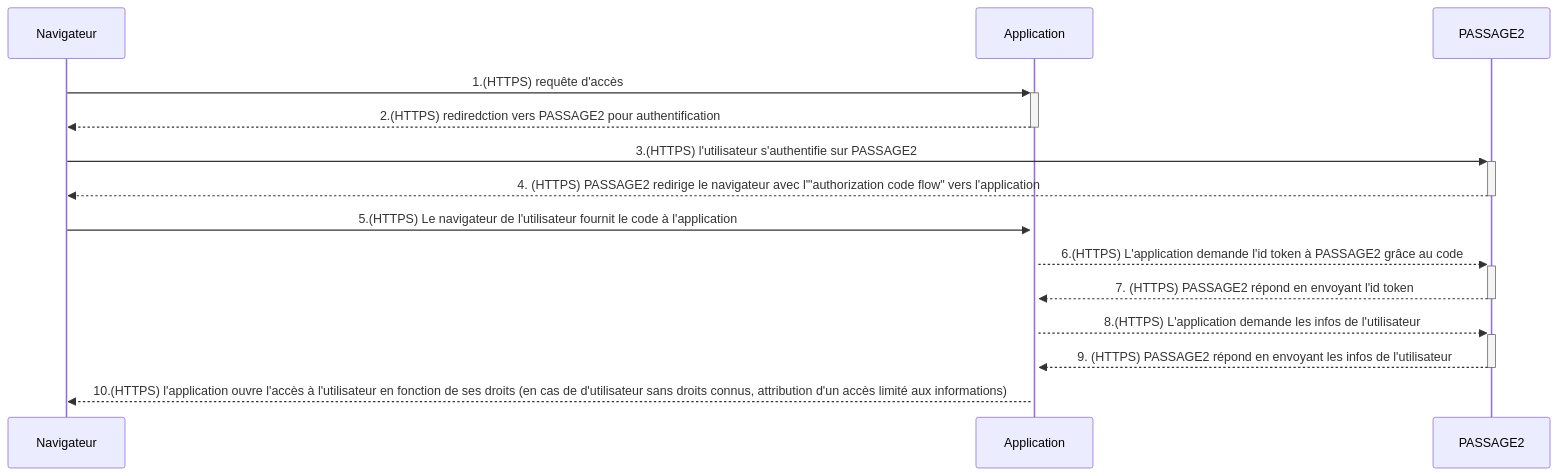
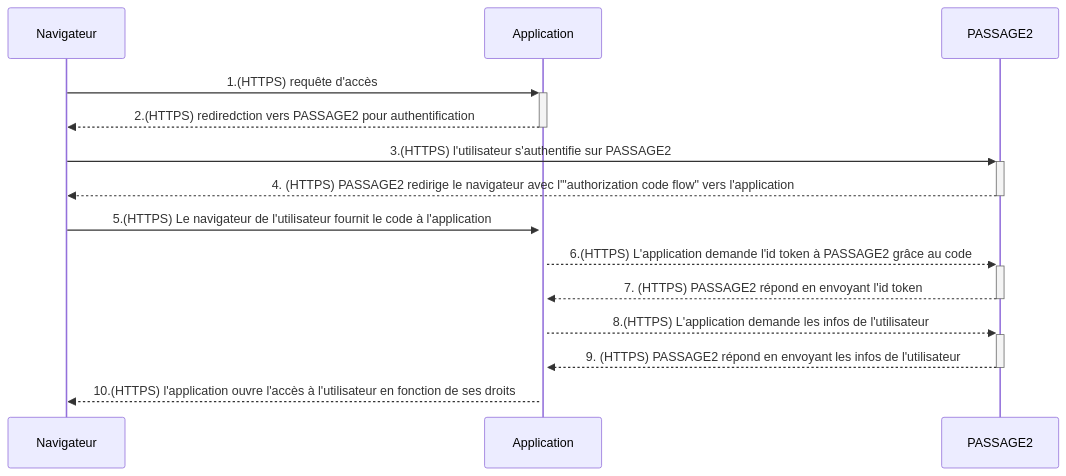
One commit to dnum-mi/referentiel-applications-specs changed the diagram in docs/GestionDroits.md. Above: the diagram before and after it, drawn with Mermaid. The commit also changed other lines of this file, not shown here.

First line of the commit message:
Update GestionDroits.md

````diff
--- a/docs/GestionDroits.md
+++ b/docs/GestionDroits.md
@@ -45,13 +43,13 @@
 ```mermaid
 sequenceDiagram
 Navigateur->>+Application: 1.(HTTPS) requête d'accès
 Application-->>-Navigateur: 2.(HTTPS) rediredction vers PASSAGE2 pour authentification
 Navigateur->>+PASSAGE2: 3.(HTTPS) l'utilisateur s'authentifie sur PASSAGE2
 PASSAGE2-->>-Navigateur: 4. (HTTPS) PASSAGE2 redirige le navigateur avec l'"authorization code flow" vers l'application
 Navigateur->>+Application: 5.(HTTPS) Le navigateur de l'utilisateur fournit le code à l'application
 Application-->>+PASSAGE2: 6.(HTTPS) L'application demande l'id token à PASSAGE2 grâce au code
 PASSAGE2-->>-Application: 7. (HTTPS) PASSAGE2 répond en envoyant l'id token
 Application-->>+PASSAGE2: 8.(HTTPS) L'application demande les infos de l'utilisateur
 PASSAGE2-->>-Application: 9. (HTTPS) PASSAGE2 répond en envoyant les infos de l'utilisateur
-Application-->>Navigateur: 10.(HTTPS) l'application ouvre l'accès à l'utilisateur en fonction de ses droits (en cas de d'utilisateur sans droits connus, attribution d'un accès limité aux informations)
+Application-->>Navigateur: 10.(HTTPS) l'application ouvre l'accès à l'utilisateur en fonction de ses droits
 ```
````
